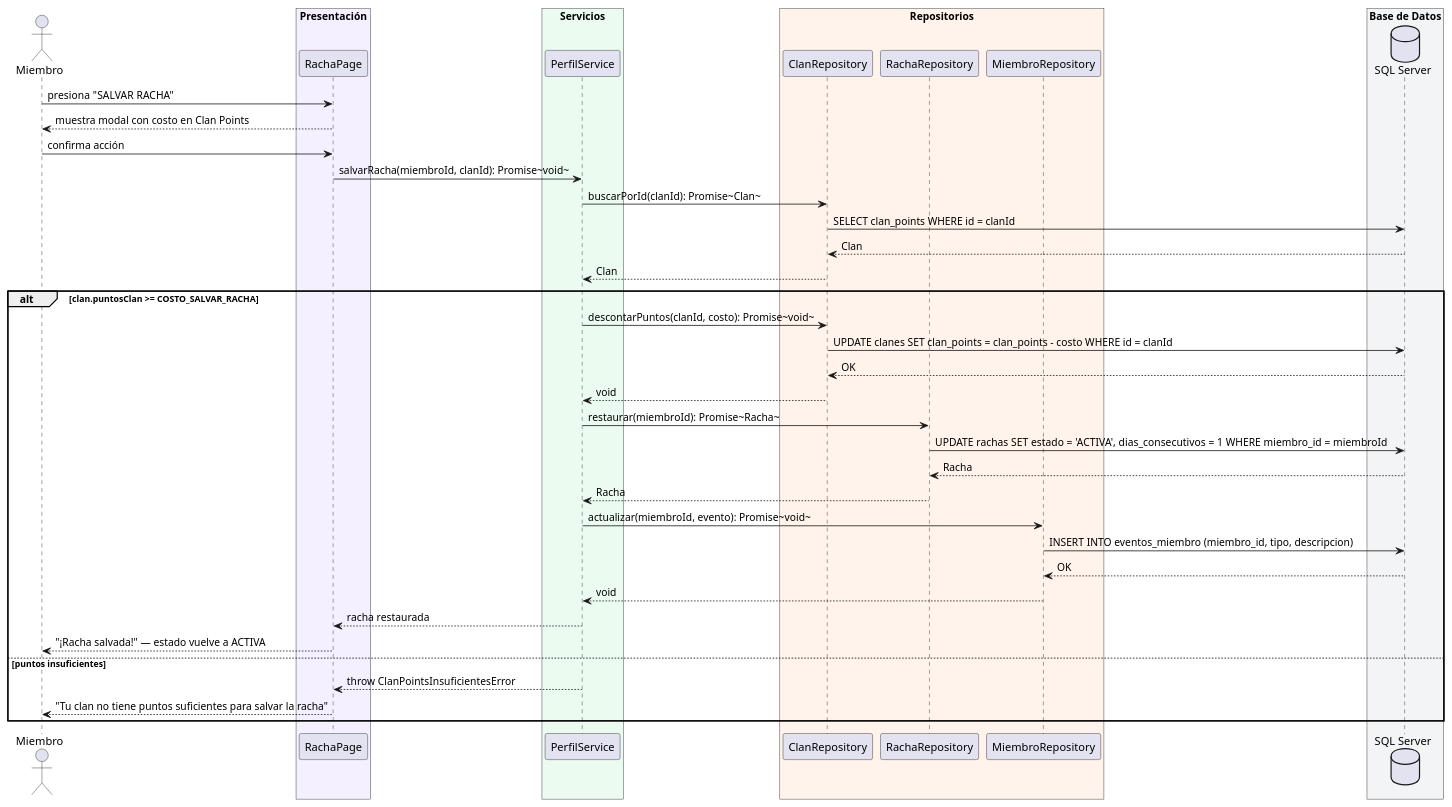
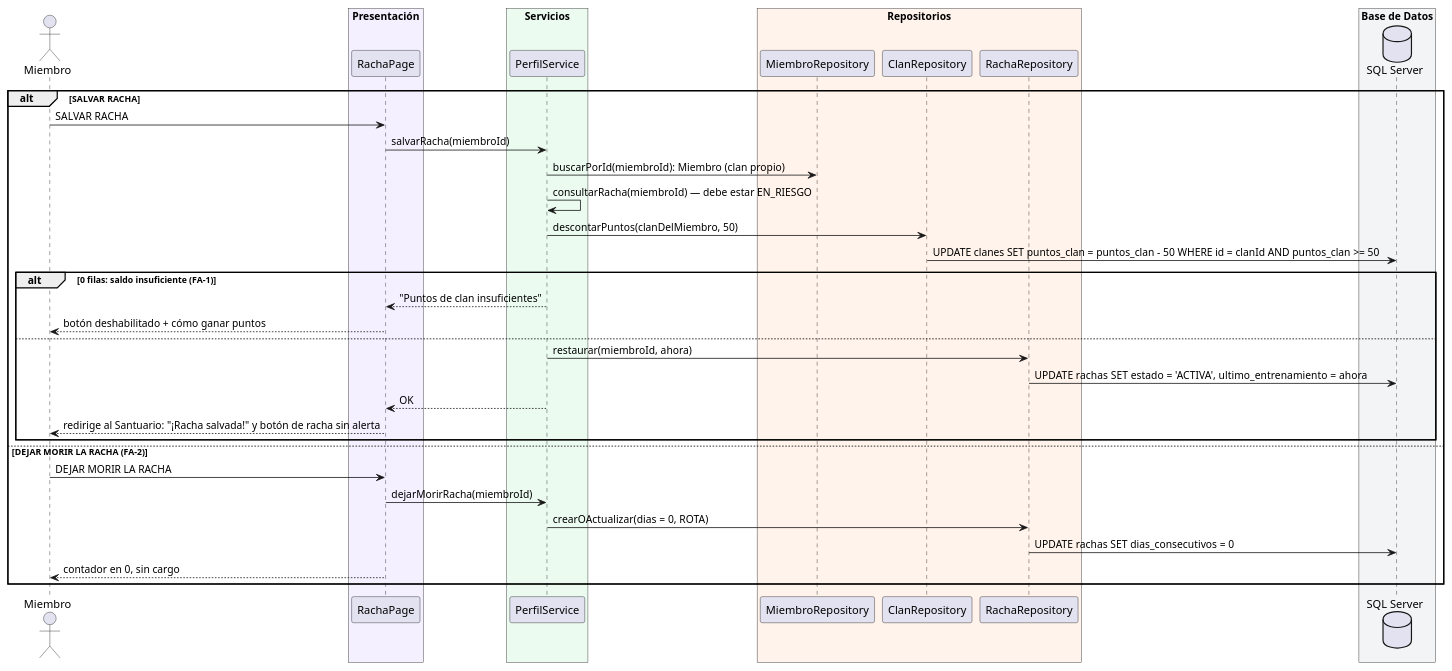
One commit to nicolassepulveda13/SAP changed the third of 7 diagrams in silverback/docs/secuencias-cu005.md. Above: the diagram before and after it, drawn with PlantUML. The commit also changed other lines of this file and 82 other files, not shown here.

````diff
--- a/silverback/docs/secuencias-cu005.md
+++ b/silverback/docs/secuencias-cu005.md
@@ -115,58 +116,49 @@
 ```plantuml
 @startuml CU-005-003
 
 actor Miembro
 
 box "Presentación" #F5F0FF
   participant "RachaPage" as Page
 end box
 
 box "Servicios" #EBFBF0
   participant "PerfilService" as Svc
 end box
 
 box "Repositorios" #FFF3EB
+  participant "MiembroRepository" as MiembroRepo
   participant "ClanRepository" as ClanRepo
   participant "RachaRepository" as RachaRepo
-  participant "MiembroRepository" as MiembroRepo
 end box
 
 box "Base de Datos" #F3F4F6
   database "SQL Server" as DB
 end box
 
-Miembro -> Page: presiona "SALVAR RACHA"
-Page --> Miembro: muestra modal con costo en Clan Points
-Miembro -> Page: confirma acción
-Page -> Svc: salvarRacha(miembroId, clanId): Promise~void~
-
-Svc -> ClanRepo: buscarPorId(clanId): Promise~Clan~
-ClanRepo -> DB: SELECT clan_points WHERE id = clanId
-DB --> ClanRepo: Clan
-ClanRepo --> Svc: Clan
-
-alt clan.puntosClan >= COSTO_SALVAR_RACHA
-    Svc -> ClanRepo: descontarPuntos(clanId, costo): Promise~void~
-    ClanRepo -> DB: UPDATE clanes SET clan_points = clan_points - costo WHERE id = clanId
-    DB --> ClanRepo: OK
-    ClanRepo --> Svc: void
-
-    Svc -> RachaRepo: restaurar(miembroId): Promise~Racha~
-    RachaRepo -> DB: UPDATE rachas SET estado = 'ACTIVA', dias_consecutivos = 1 WHERE miembro_id = miembroId
-    DB --> RachaRepo: Racha
-    RachaRepo --> Svc: Racha
-
-    Svc -> MiembroRepo: actualizar(miembroId, evento): Promise~void~
-    MiembroRepo -> DB: INSERT INTO eventos_miembro (miembro_id, tipo, descripcion)
-    DB --> MiembroRepo: OK
-    MiembroRepo --> Svc: void
-
-    Svc --> Page: racha restaurada
-    Page --> Miembro: "¡Racha salvada!" — estado vuelve a ACTIVA
-else puntos insuficientes
-    Svc --> Page: throw ClanPointsInsuficientesError
-    Page --> Miembro: "Tu clan no tiene puntos suficientes para salvar la racha"
+alt SALVAR RACHA
+    Miembro -> Page: SALVAR RACHA
+    Page -> Svc: salvarRacha(miembroId)
+    Svc -> MiembroRepo: buscarPorId(miembroId): Miembro (clan propio)
+    Svc -> Svc: consultarRacha(miembroId) — debe estar EN_RIESGO
+    Svc -> ClanRepo: descontarPuntos(clanDelMiembro, 50)
+    ClanRepo -> DB: UPDATE clanes SET puntos_clan = puntos_clan - 50 WHERE id = clanId AND puntos_clan >= 50
+    alt 0 filas: saldo insuficiente (FA-1)
+        Svc --> Page: "Puntos de clan insuficientes"
+        Page --> Miembro: botón deshabilitado + cómo ganar puntos
+    else
+        Svc -> RachaRepo: restaurar(miembroId, ahora)
+        RachaRepo -> DB: UPDATE rachas SET estado = 'ACTIVA', ultimo_entrenamiento = ahora
+        Svc --> Page: OK
+        Page --> Miembro: redirige al Santuario: "¡Racha salvada!" y botón de racha sin alerta
+    end
+else DEJAR MORIR LA RACHA (FA-2)
+    Miembro -> Page: DEJAR MORIR LA RACHA
+    Page -> Svc: dejarMorirRacha(miembroId)
+    Svc -> RachaRepo: crearOActualizar(dias = 0, ROTA)
+    RachaRepo -> DB: UPDATE rachas SET dias_consecutivos = 0
+    Page --> Miembro: contador en 0, sin cargo
 end
 
 @enduml
 ```
````
